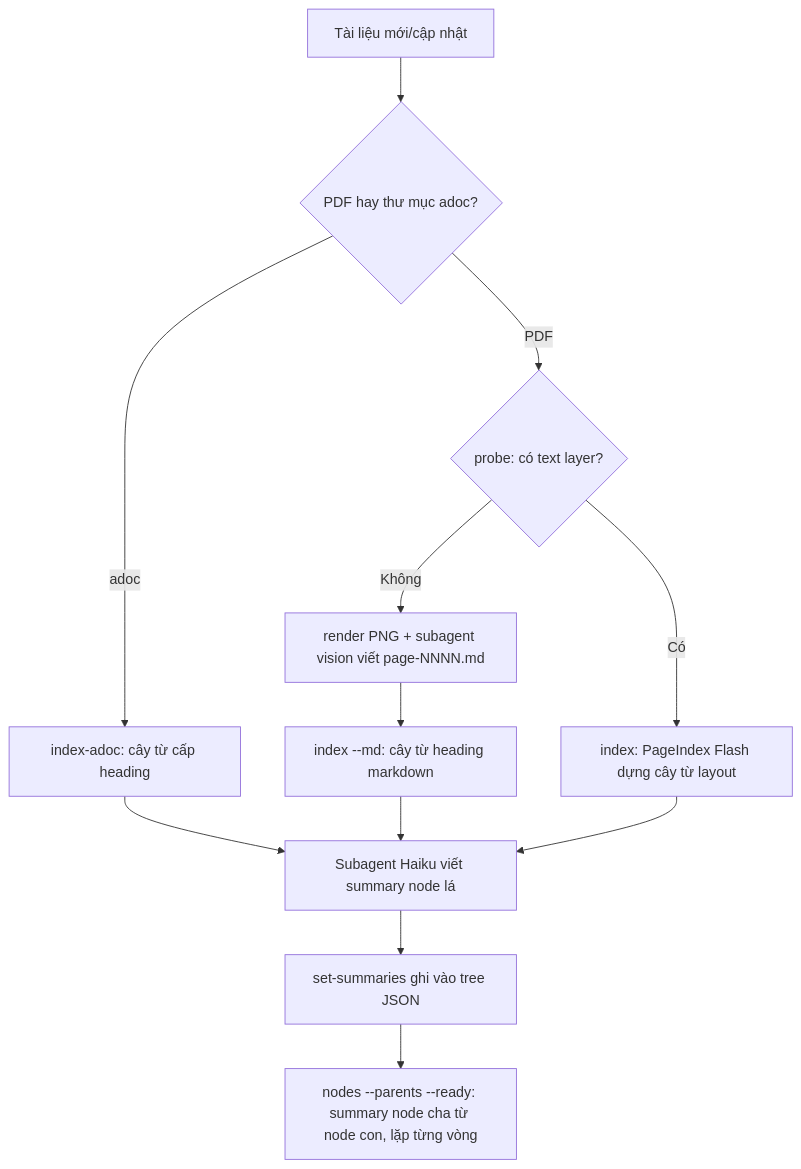
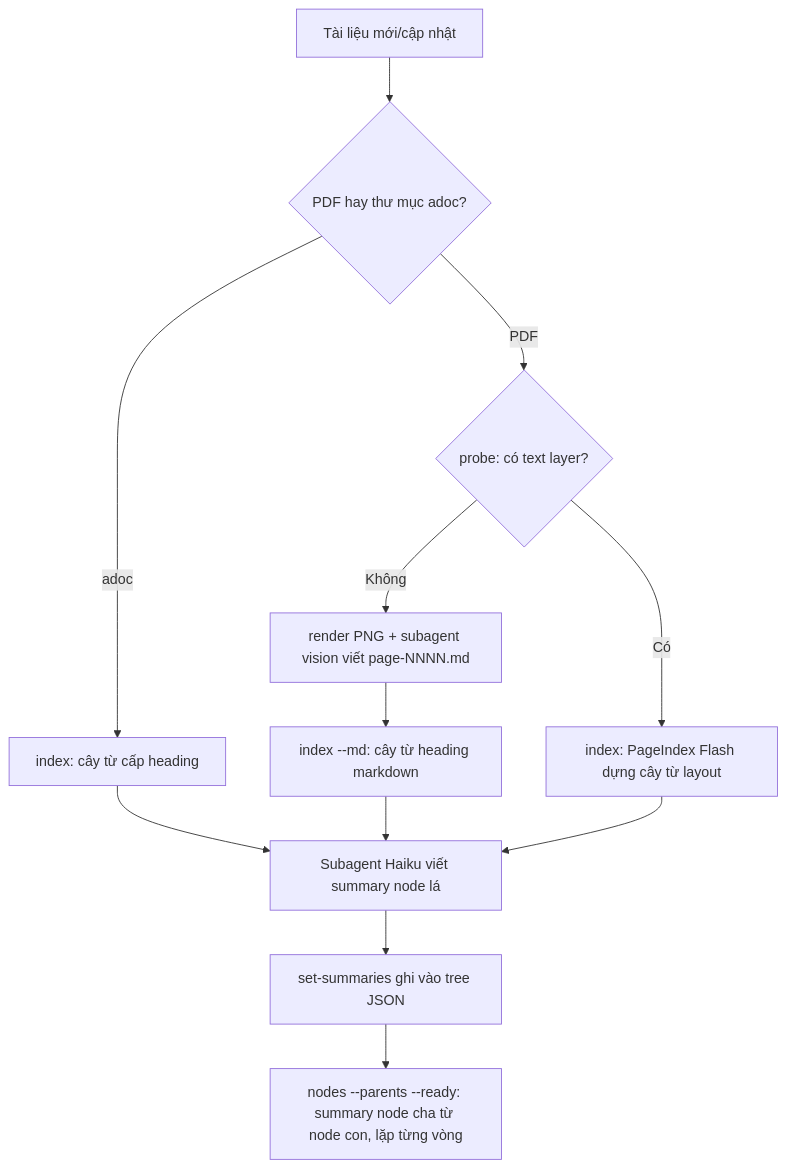
Before and after one commit to TOMOSIA-VIETNAM/cc-pageindex: the diagram in notebooks/spec/document-retrieval-skill/Proposal.md, drawn with Mermaid. The commit also changed other lines of this file and 18 other files, not shown here.

````diff
--- a/notebooks/spec/document-retrieval-skill/Proposal.md
+++ b/notebooks/spec/document-retrieval-skill/Proposal.md
@@ -40,14 +40,14 @@
 ```mermaid
 flowchart TD
   A[Tài liệu mới/cập nhật] --> Z{PDF hay thư mục adoc?}
-  Z -- adoc --> Y[index-adoc: cây từ cấp heading]
+  Z -- adoc --> Y[index: cây từ cấp heading]
   Y --> F
   Z -- PDF --> B{probe: có text layer?}
   B -- Không --> C[render PNG + subagent vision viết page-NNNN.md]
   C --> D[index --md: cây từ heading markdown]
   B -- Có --> E[index: PageIndex Flash dựng cây từ layout]
   D --> F[Subagent Haiku viết summary node lá]
   E --> F
   F --> G[set-summaries ghi vào tree JSON]
   G --> H[nodes --parents --ready: summary node cha từ node con, lặp từng vòng]
 ```
````
